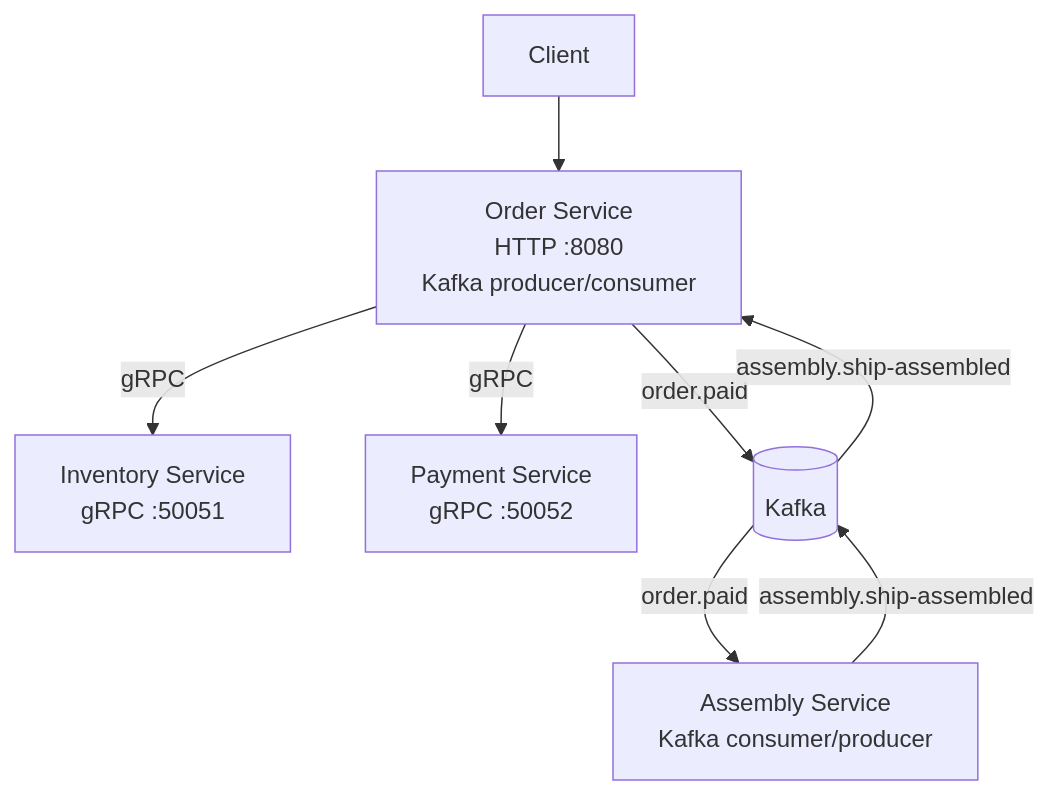
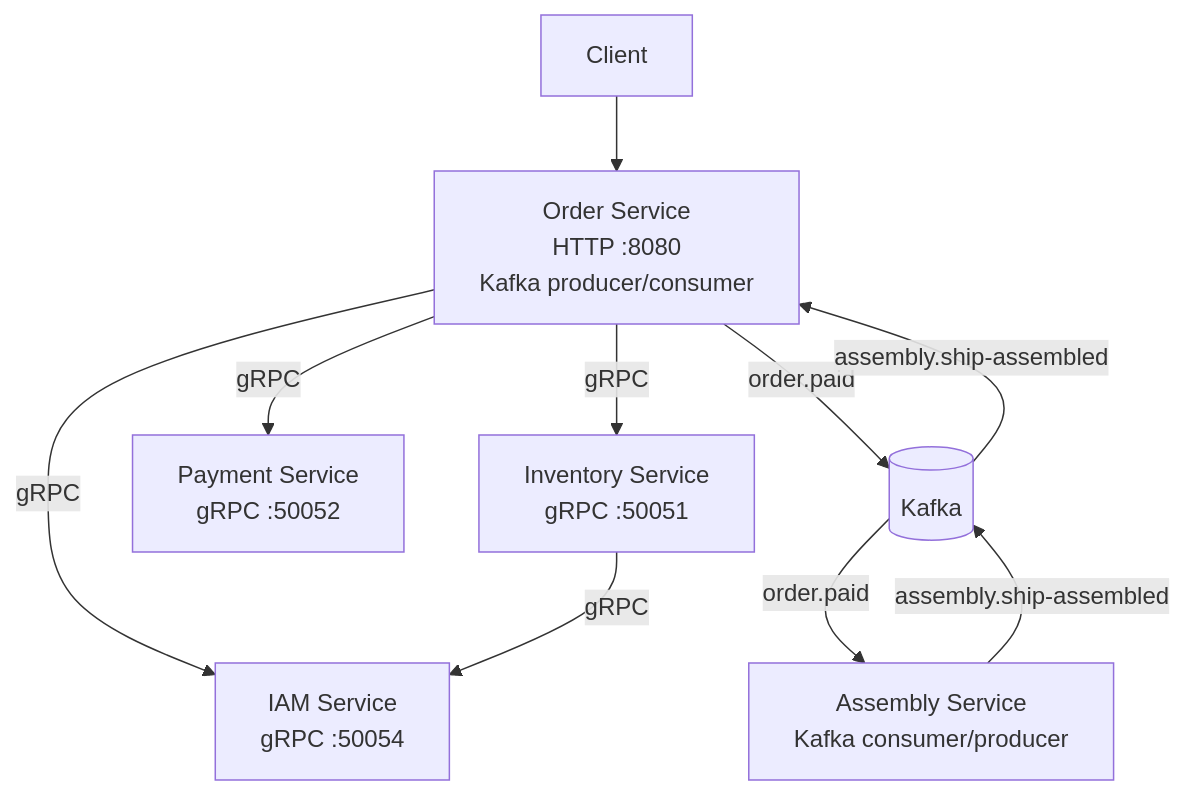
One commit to krapagen/my_microservices_rocket changed the diagram in README.md. Above: the diagram before and after it, drawn with Mermaid. The commit also changed other lines of this file, not shown here.

````diff
--- a/README.md
+++ b/README.md
@@ -18,17 +18,20 @@
 ```mermaid
 flowchart TB
     client[Client]
     order[Order Service\nHTTP :8080\nKafka producer/consumer]
     inventory[Inventory Service\ngRPC :50051]
     payment[Payment Service\ngRPC :50052]
+    iam[IAM Service\ngRPC :50054]
     kafka[(Kafka)]
     assembly[Assembly Service\nKafka consumer/producer]
 
     client --> order
     order -->|gRPC| inventory
     order -->|gRPC| payment
+    order -->|gRPC| iam
+    inventory -->|gRPC| iam
     order -->|order.paid| kafka
     kafka -->|order.paid| assembly
     assembly -->|assembly.ship-assembled| kafka
     kafka -->|assembly.ship-assembled| order
 ```
````
